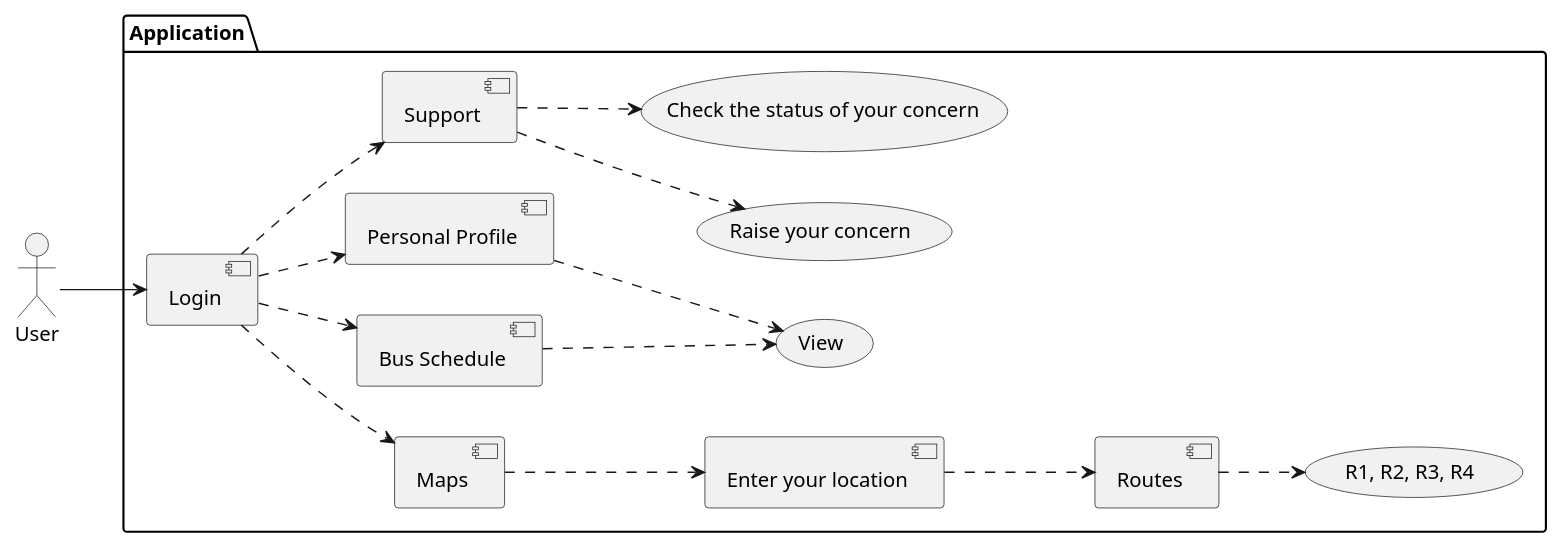
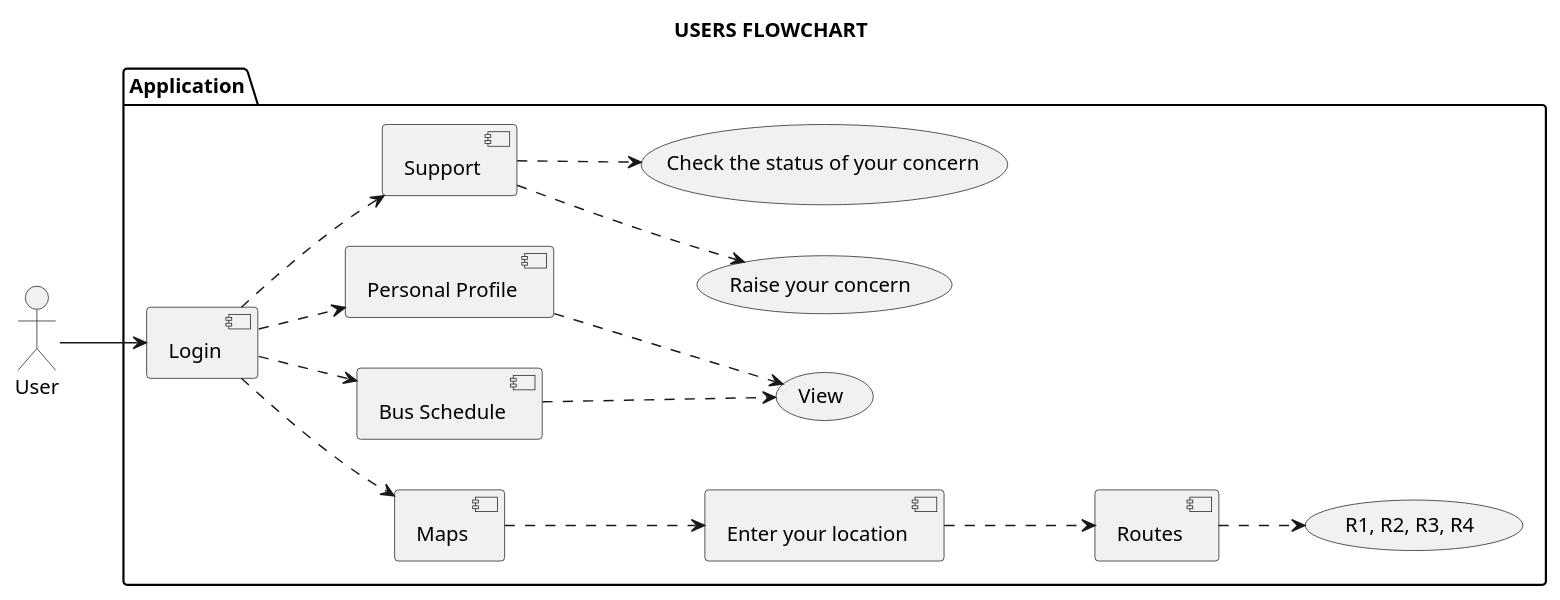
The diagram in Flowcharts/usersflowchart.puml (Krishnaa-tech/BuzzMaps), drawn with PlantUML before and after one commit.

```diff
--- a/Flowcharts/usersflowchart.puml
+++ b/Flowcharts/usersflowchart.puml
@@ -1,85 +1,85 @@
 @startuml User
-
+title USERS FLOWCHART
 left to right direction 
 
 ' :User: <-- (Use)
 ' "Main Admin" as Admin
 ' "Use the application" as (Use)
 ' (Use) <-- Admin  : Use the appliction by admin
 
 
 actor User
 'User --> loginpage
 ' package EndUsers{
 '   actor Drivers
 '   actor Users
 ' }
 ' User_Details..User
 
 
 
 package Application{
     usecase "Login" as [loginpage]
 
     'General Maps
     [loginpage]..> [Maps]
     [Maps]..>[Enter your location]
     [Enter your location]..>[Routes]
     [Routes]..>(R1, R2, R3, R4)
 
     'Landmarks
     [loginpage]..> [Bus Schedule]
     [Bus Schedule]..> (View)
     
     'Personal Profile
     [loginpage]..> [Personal Profile]
     [Personal Profile]..> (View)
     
     'Support
     [loginpage]..> [Support]
     [Support]..> (Raise your concern)
     [Support]..> (Check the status of your concern)
 
 
     }
 
 
 
 
 
     ' (Routes Page)<--(Show Routes Button)
     ' (Shifts Page)<--(Show Shifts Button)
     ' (Landmarks Page)<--(Show Landmarks Button)
     ' (LoginPage)-.->[login]<-(Users,Drivers)->.Driver/User Login)
     ' .-.-.<|im_sep|>-.-.
     ' |    |<---------->|
 
 
     ' Drivers --> loginpage
     ' Drivers --> showroutes
     ' Drivers --> showshifts
     ' Drivers --> showlandmarks
     ' Drivers --> etr
     ' Drivers --> showbuses
 
     ' Users --> loginpage
     ' Users --> showroutes
     ' Users --> showshifts
     ' Users --> showlandmarks
     ' Users --> eta
     ' Users --> ticketsupport
     ' Users --> showbuses
 
 
     User --> loginpage
     ' Admin --> routes
     ' Admin --> shifts
     ' Admin --> landmarks
     ' Admin --> analytics_report
     ' Admin --> buses
     ' Admin --> etr
     ' Admin --> ticketsupport
     ' Admin --> contactdriver
 
 
     @enduml
```
